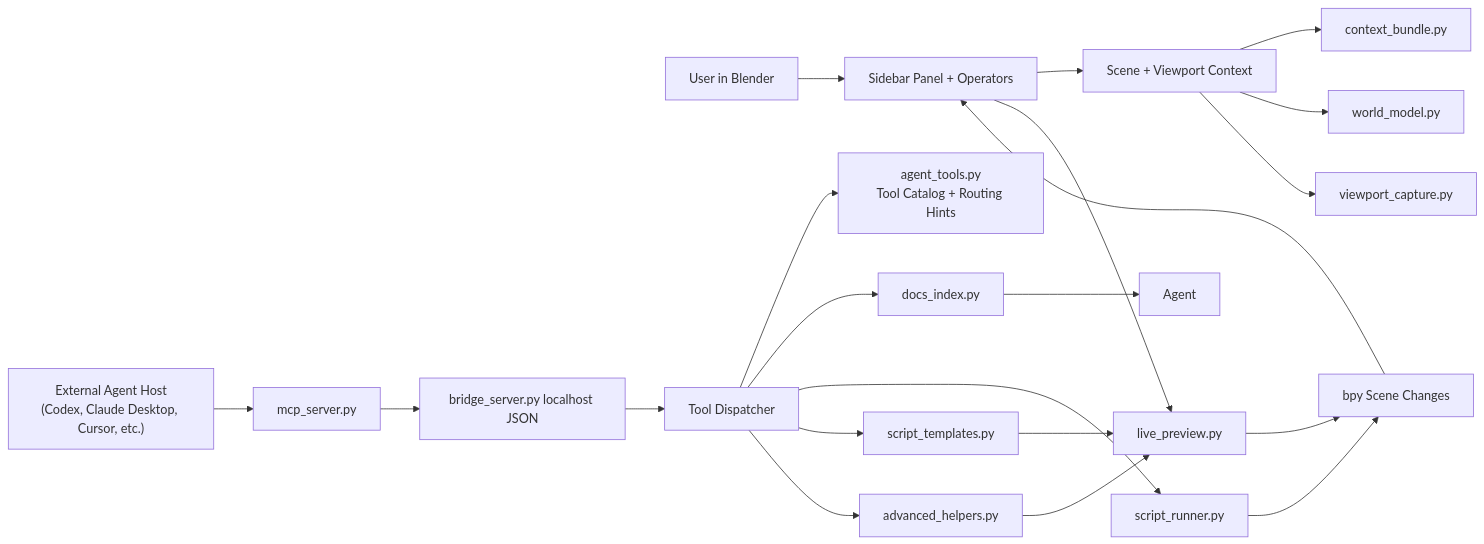
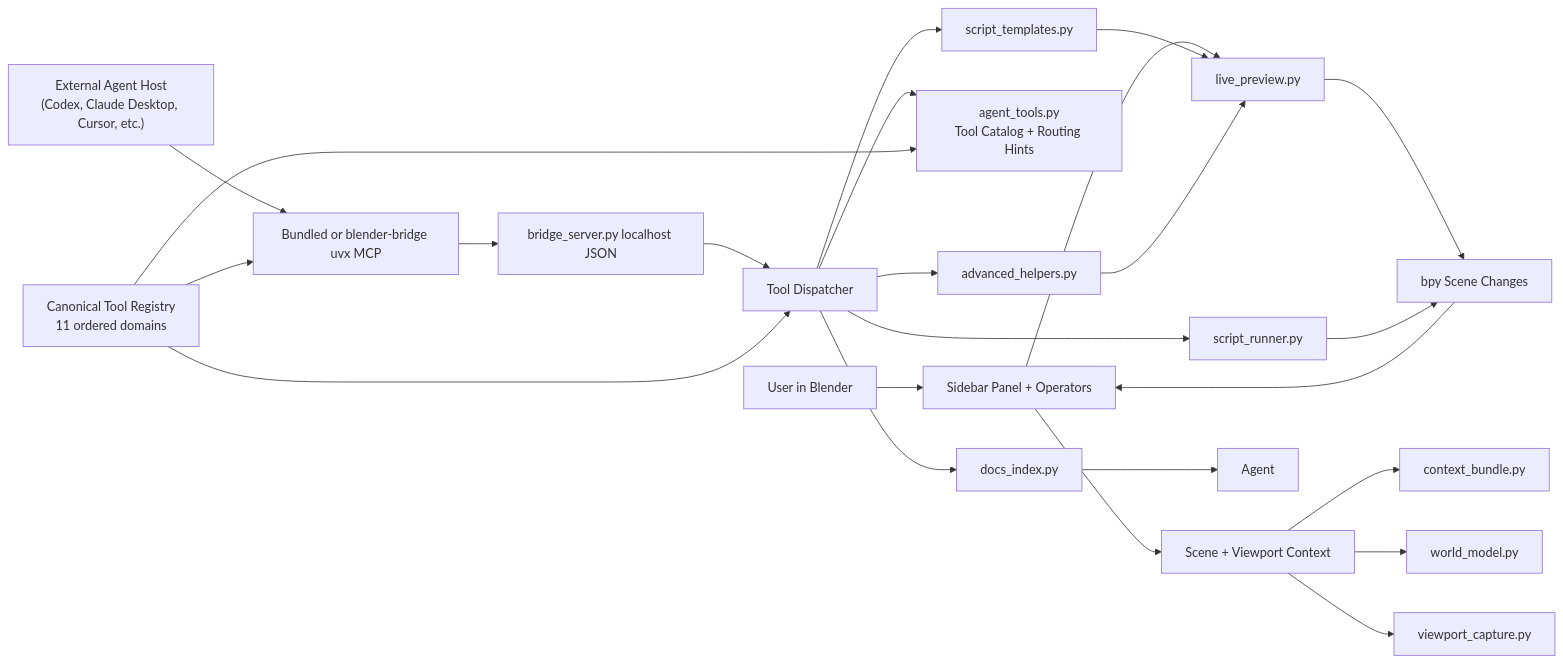
Before and after one commit to CallMeJones/blender-agent-bridge: the diagram in docs/ARCHITECTURE.md, drawn with Mermaid. The commit also changed other lines of this file and 103 other files, not shown here.

````diff
--- a/docs/ARCHITECTURE.md
+++ b/docs/ARCHITECTURE.md
@@ -5,23 +5,26 @@
 ```mermaid
 flowchart LR
   User["User in Blender"] --> UI["Sidebar Panel + Operators"]
-  AgentHost["External Agent Host\n(Codex, Claude Desktop, Cursor, etc.)"] --> MCP["mcp_server.py"]
+  AgentHost["External Agent Host\n(Codex, Claude Desktop, Cursor, etc.)"] --> MCP["Bundled or blender-bridge uvx MCP"]
   MCP --> Bridge["bridge_server.py localhost JSON"]
   Bridge --> Tools
   UI --> Context["Scene + Viewport Context"]
   Context --> Bundle["context_bundle.py"]
   Context --> WorldModel["world_model.py"]
   Context --> Screenshot["viewport_capture.py"]
   UI --> Preview["live_preview.py"]
   Tools["Tool Dispatcher"] --> ToolSelect["agent_tools.py\nTool Catalog + Routing Hints"]
+  Registry["Canonical Tool Registry\n11 ordered domains"] --> ToolSelect
+  Registry --> MCP
+  Registry --> Tools
   Tools --> Docs["docs_index.py"]
   Tools --> Runner["script_runner.py"]
   Tools --> Helpers["script_templates.py"]
   Tools --> Advanced["advanced_helpers.py"]
   Helpers --> Preview
   Advanced --> Preview
   Preview --> Blender
   Runner --> Blender["bpy Scene Changes"]
   Docs --> Agent
   Blender --> UI
 ```
````
